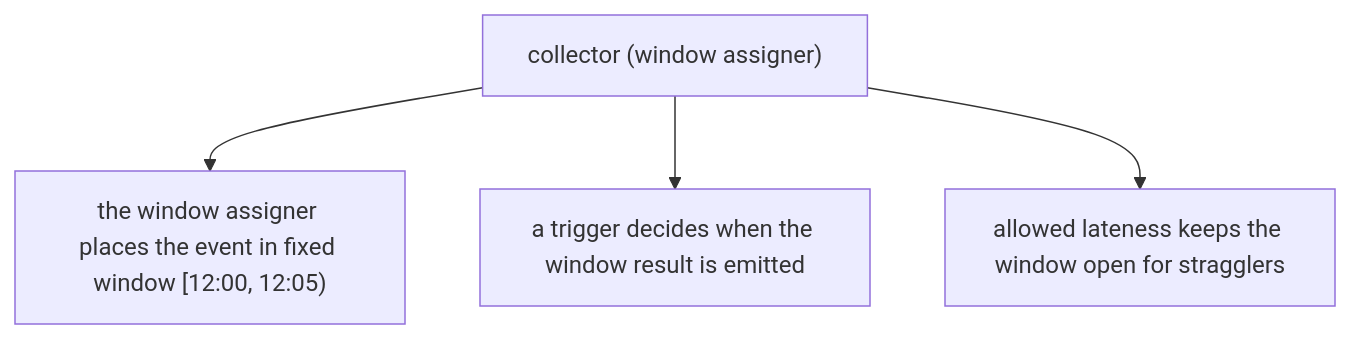
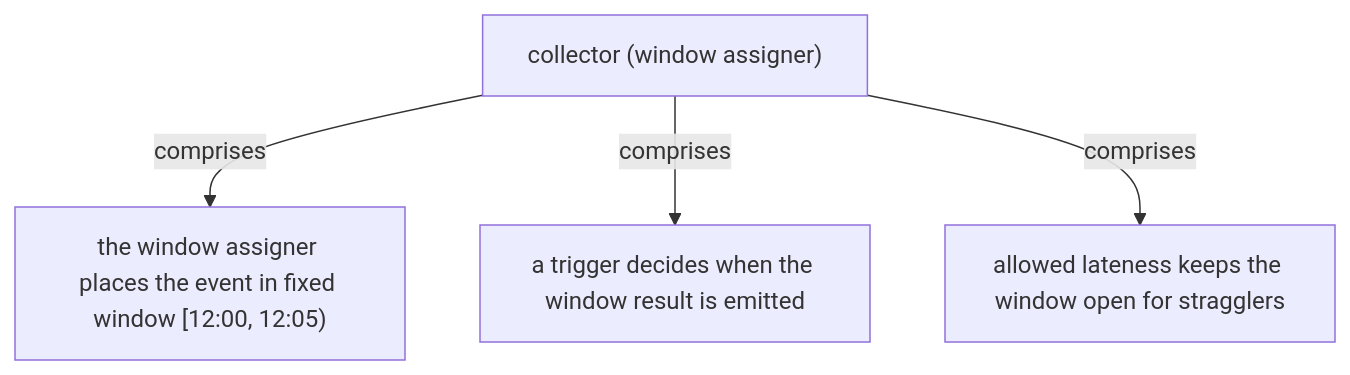
One commit to vinayakuber/streaming-systems-study-guide changed the sixth of 19 diagrams in docs/ch02-the-what-where-when-and-how-of-data-processing.md. Above: the diagram before and after it, drawn with Mermaid. The commit also changed other lines of this file and 22 other files, not shown here.

First line of the commit message:
R18: label every diagram arrow with its meaning

````diff
--- a/docs/ch02-the-what-where-when-and-how-of-data-processing.md
+++ b/docs/ch02-the-what-where-when-and-how-of-data-processing.md
@@ -159,7 +159,7 @@
 ```mermaid
 flowchart TD
   R["collector (window assigner)"]
-  R --> P0["the window assigner places the event in fixed window [12:00, 12:05)"]
-  R --> P1["a trigger decides when the window result is emitted"]
-  R --> P2["allowed lateness keeps the window open for stragglers"]
+  R -->|"comprises"| P0["the window assigner places the event in fixed window [12:00, 12:05)"]
+  R -->|"comprises"| P1["a trigger decides when the window result is emitted"]
+  R -->|"comprises"| P2["allowed lateness keeps the window open for stragglers"]
 ```
````
